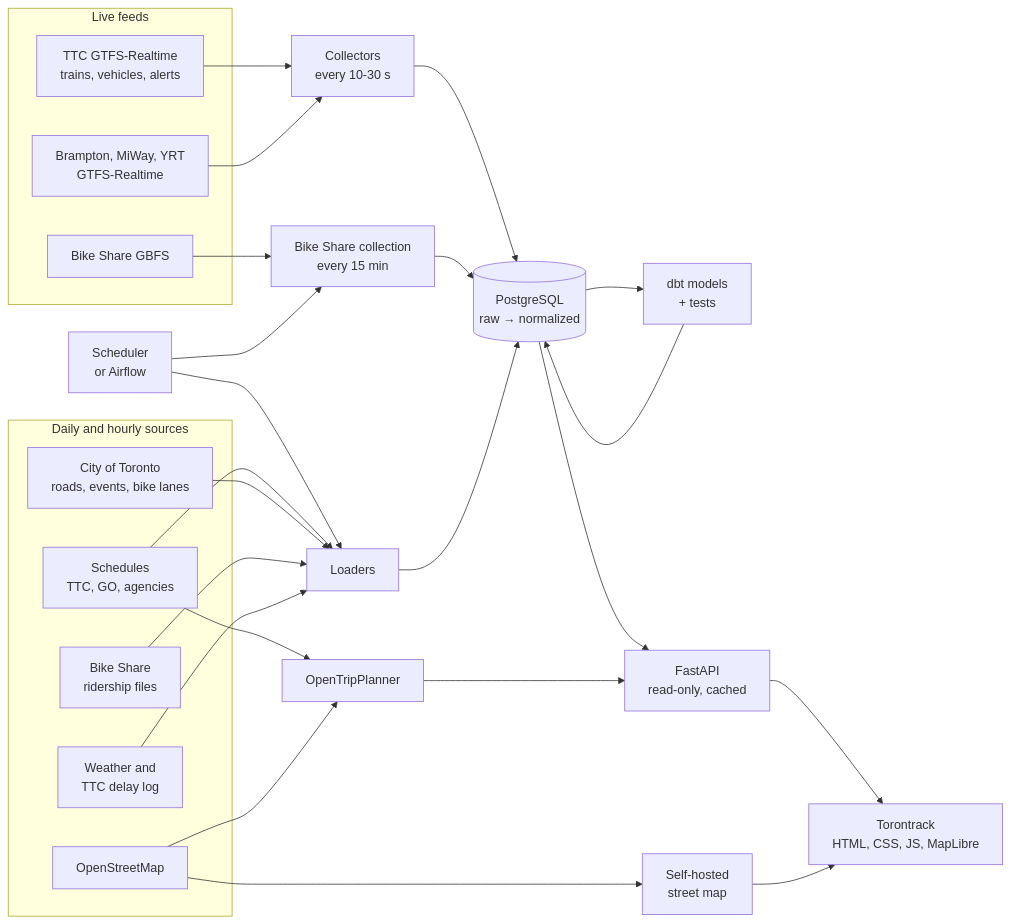
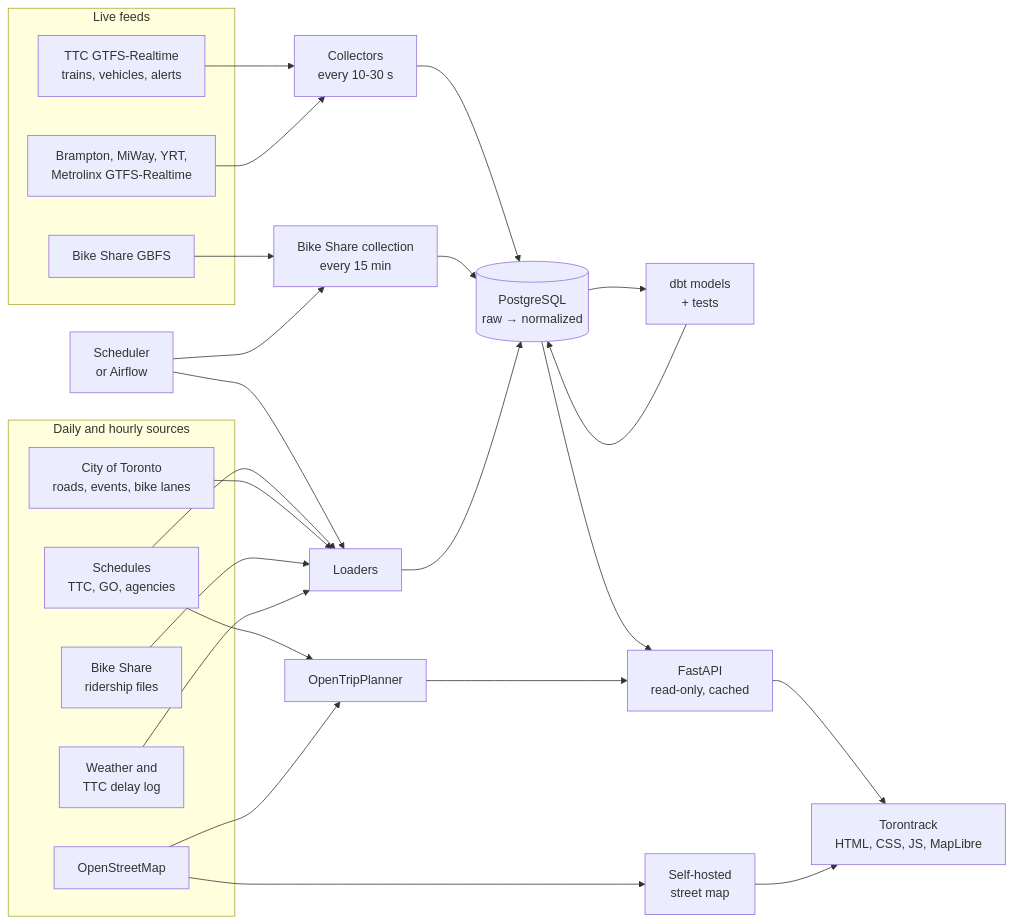
One commit to MavenTheKeen/torontrack changed the diagram in README.md. Above: the diagram before and after it, drawn with Mermaid. The commit also changed other lines of this file and 4 other files, not shown here.

````diff
--- a/README.md
+++ b/README.md
@@ -74,36 +78,36 @@
 ```mermaid
 flowchart LR
     subgraph Live["Live feeds"]
         TTCRT[TTC GTFS-Realtime<br/>trains, vehicles, alerts]
-        Agencies[Brampton, MiWay, YRT<br/>GTFS-Realtime]
+        Agencies[Brampton, MiWay, YRT,<br/>Metrolinx GTFS-Realtime]
         GBFS[Bike Share GBFS]
     end
     subgraph Daily["Daily and hourly sources"]
         GTFS[Schedules<br/>TTC, GO, agencies]
         City[City of Toronto<br/>roads, events, bike lanes]
         Trips[Bike Share<br/>ridership files]
         Weather[Weather and<br/>TTC delay log]
         OSM[OpenStreetMap]
     end
     TTCRT --> TTCC[Collectors<br/>every 10-30 s]
     Agencies --> TTCC
     GBFS --> BSC[Bike Share collection<br/>every 15 min]
     Sched[Scheduler<br/>or Airflow] --> BSC
     Sched --> Loaders[Loaders]
     GTFS --> Loaders
     City --> Loaders
     Trips --> Loaders
     Weather --> Loaders
     TTCC --> PG[(PostgreSQL<br/>raw → normalized)]
     BSC --> PG
     Loaders --> PG
     PG --> dbt[dbt models<br/>+ tests]
     dbt --> PG
     GTFS --> OTP[OpenTripPlanner]
     OSM --> OTP
     OSM --> Tiles[Self-hosted<br/>street map]
     PG --> API[FastAPI<br/>read-only, cached]
     OTP --> API
     API --> Site[Torontrack<br/>HTML, CSS, JS, MapLibre]
     Tiles --> Site
 ```
````
